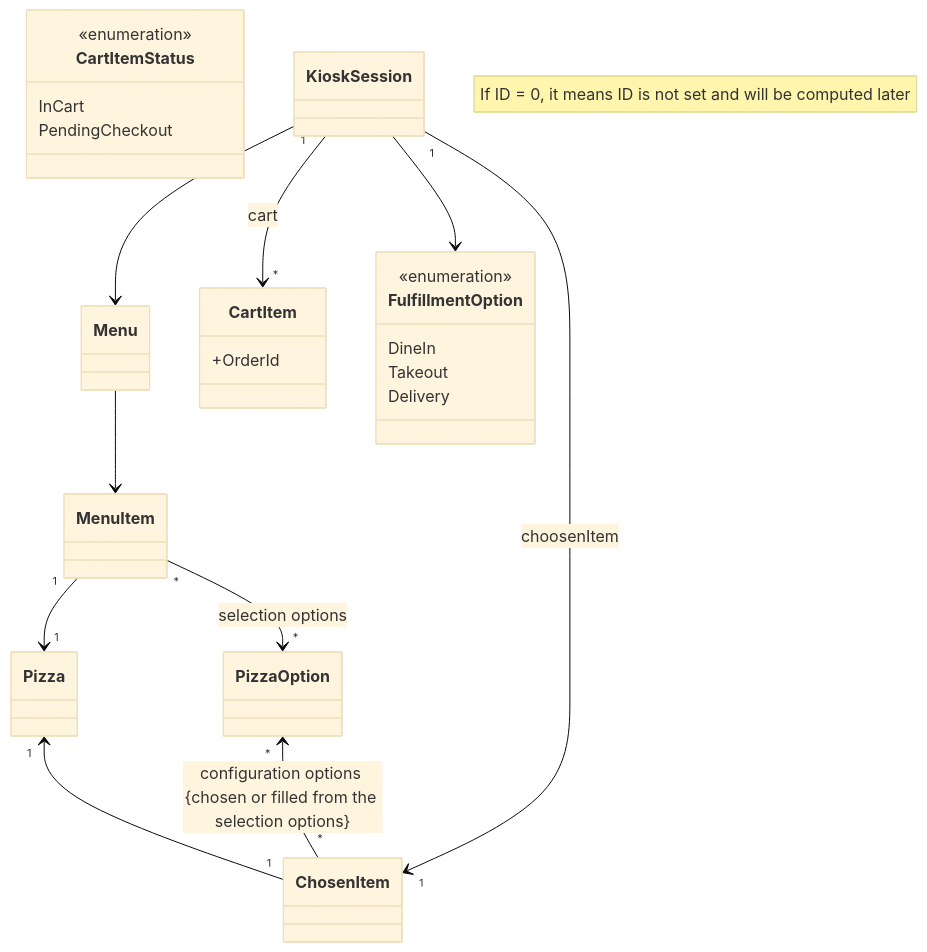
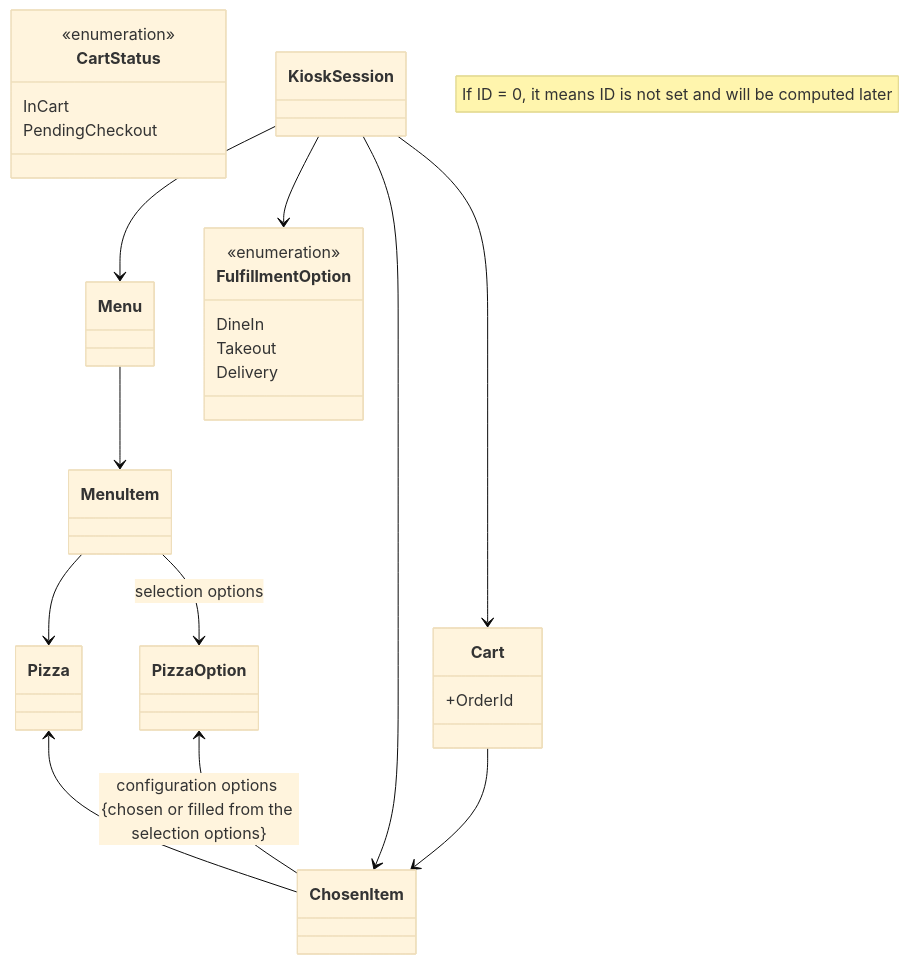
Before and after one commit to ekral/Utb.PizzaKiosk: the diagram in README.md, drawn with Mermaid (base theme).

````diff
--- a/README.md
+++ b/README.md
@@ -160,37 +160,39 @@
 ```mermaid
  classDiagram
    note "If ID = 0, it means ID is not set and will be computed later"
    %% direction LR
    class PizzaOption
    class Pizza
    class MenuItem
    class Menu
    class ChosenItem
 
-   class CartItemStatus{
+   class CartStatus{
       <<enumeration>>
       InCart
       PendingCheckout
    }
 
-   class CartItem{
+   class Cart{
       +OrderId
    }
 
    class FulfillmentOption{
       <<enumeration>>
       DineIn
       Takeout
       Delivery
    }
+
    class KioskSession
-   MenuItem "1" --> "1"  Pizza
-   Pizza "1" <-- "1"  ChosenItem
-   MenuItem "*" --> "*"  PizzaOption : selection options
-   PizzaOption "*" <-- "*" ChosenItem : configuration options {chosen or filled from the selection options}
+   MenuItem --> Pizza
+   Pizza <-- ChosenItem
+   MenuItem --> PizzaOption : selection options
+   PizzaOption <-- ChosenItem : configuration options {chosen or filled from the selection options}
    Menu --> MenuItem
    KioskSession --> Menu
    KioskSession --> FulfillmentOption
-   KioskSession "1" --> "1" ChosenItem : choosenItem
-   KioskSession "1" --> "*" CartItem : cart
+   KioskSession  --> ChosenItem
+   KioskSession  --> Cart
+   Cart --> ChosenItem
 ```
````
